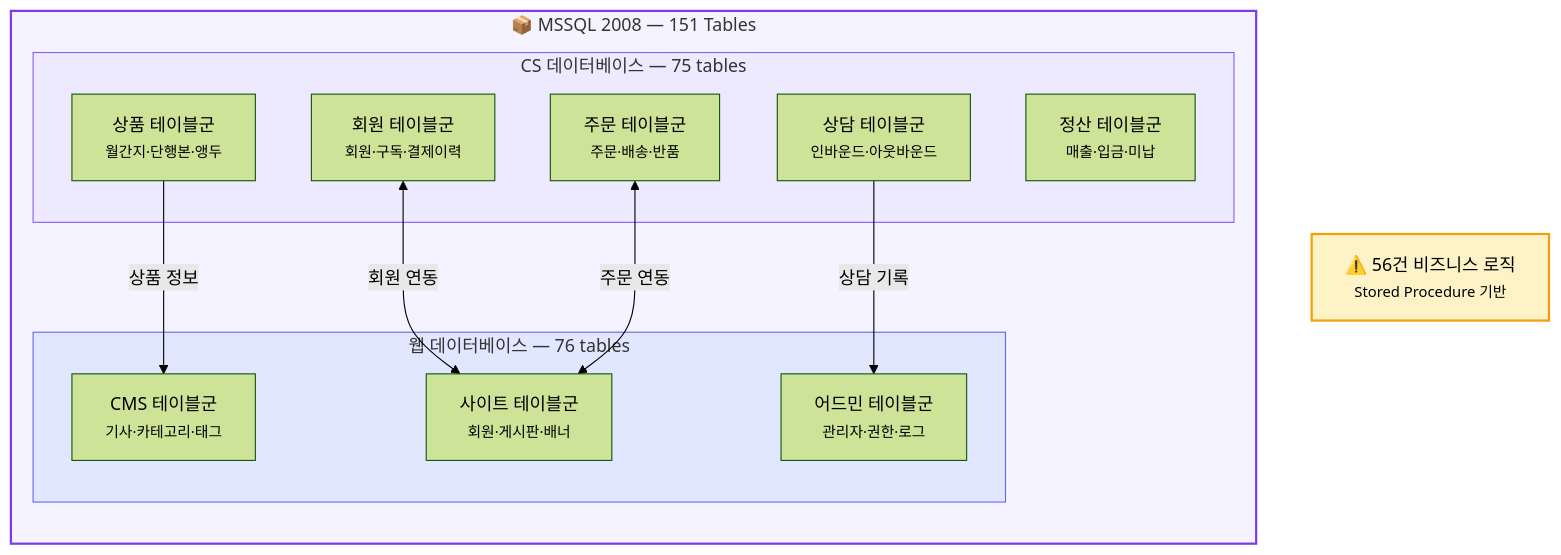
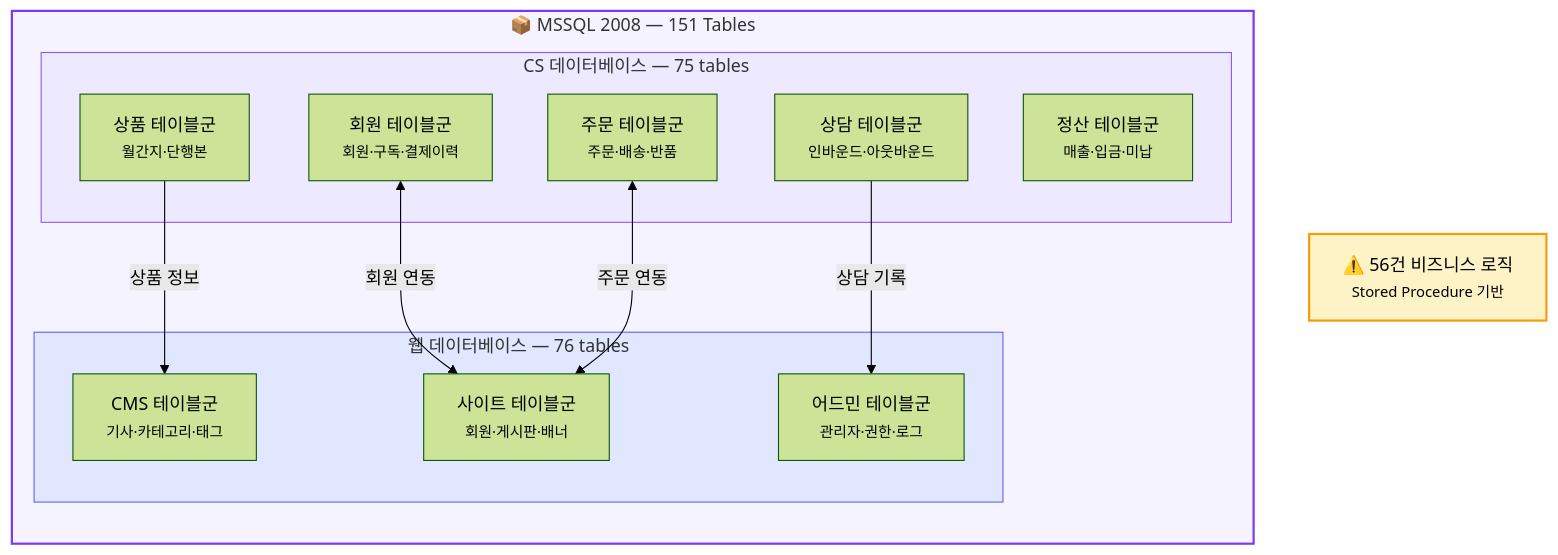
One commit to sknkwoxs/manual-book changed the ninth of 9 diagrams in src/content/docs/goodthinking-isp/02-analysis/entity-map.md. Above: the diagram before and after it, drawn with Mermaid (forest theme). The commit also changed other lines of this file and 2 other files, not shown here.

````diff
--- a/src/content/docs/goodthinking-isp/02-analysis/entity-map.md
+++ b/src/content/docs/goodthinking-isp/02-analysis/entity-map.md
@@ -198,30 +405,30 @@
 ```mermaid
 flowchart TB
     subgraph DB["📦 MSSQL 2008 — 151 Tables"]
         direction TB
         subgraph CS_DB["CS 데이터베이스 — 75 tables"]
             T_MEM["회원 테이블군<br/><small>회원·구독·결제이력</small>"]
             T_ORD["주문 테이블군<br/><small>주문·배송·반품</small>"]
-            T_PRD["상품 테이블군<br/><small>월간지·단행본·앵두</small>"]
+            T_PRD["상품 테이블군<br/><small>월간지·단행본</small>"]
             T_FIN["정산 테이블군<br/><small>매출·입금·미납</small>"]
             T_CS["상담 테이블군<br/><small>인바운드·아웃바운드</small>"]
         end
         subgraph WEB_DB["웹 데이터베이스 — 76 tables"]
             T_CMS["CMS 테이블군<br/><small>기사·카테고리·태그</small>"]
             T_SITE["사이트 테이블군<br/><small>회원·게시판·배너</small>"]
             T_ADMIN["어드민 테이블군<br/><small>관리자·권한·로그</small>"]
         end
     end
 
     T_MEM <-->|"회원 연동"| T_SITE
     T_ORD <-->|"주문 연동"| T_SITE
     T_PRD -->|"상품 정보"| T_CMS
     T_CS -->|"상담 기록"| T_ADMIN
 
     NOTE["⚠️ 56건 비즈니스 로직<br/><small>Stored Procedure 기반</small>"]
 
     style DB fill:#f5f3ff,stroke:#7c3aed,stroke-width:2px
     style CS_DB fill:#ede9fe,stroke:#8b5cf6
     style WEB_DB fill:#e0e7ff,stroke:#6366f1
     style NOTE fill:#fef3c7,stroke:#f59e0b,stroke-width:2px
 ```
````
